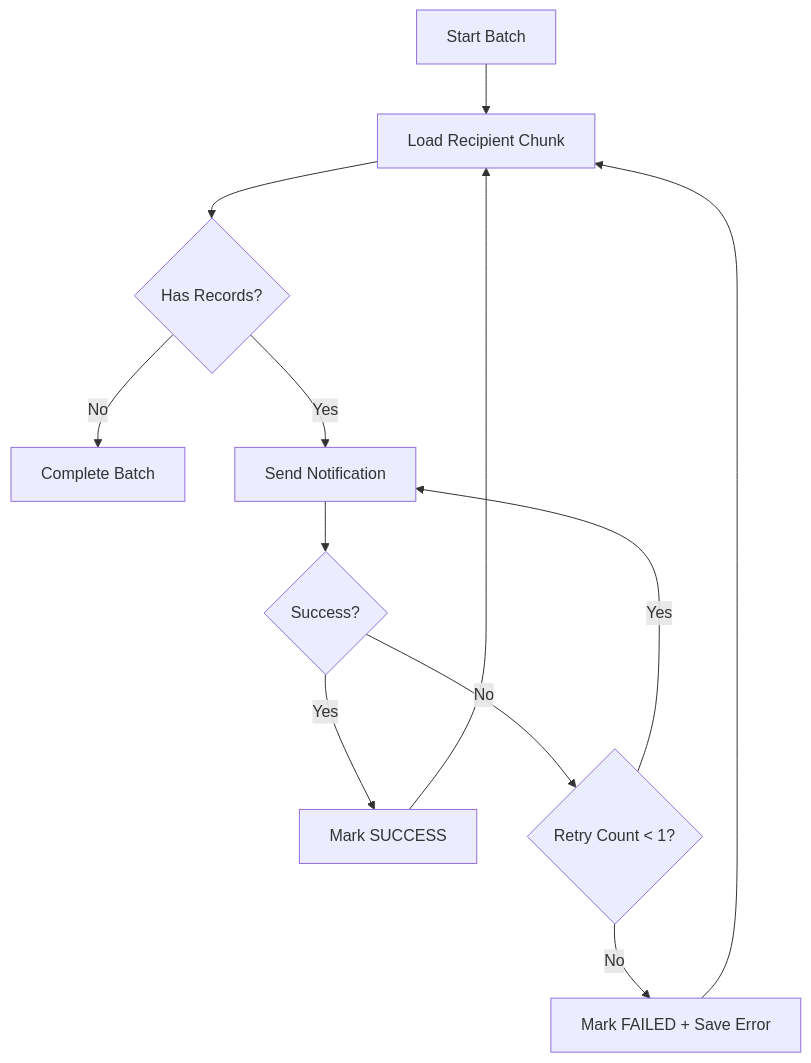
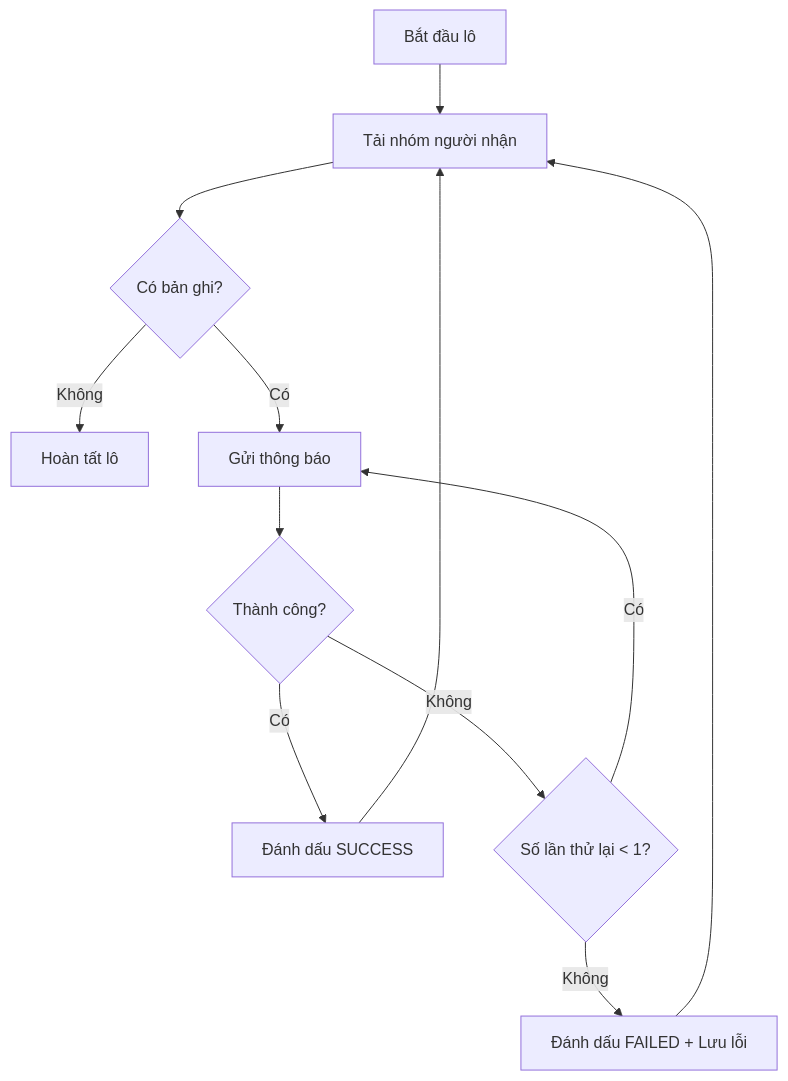
Before and after one commit to Minhduc7904/MiniProjectTrainingKaopiz: the fourth of 4 diagrams in ducnm3/docs/architecture/uml.md, drawn with Mermaid. The commit also changed other lines of this file and 100 other files, not shown here.

````diff
--- a/ducnm3/docs/architecture/uml.md
+++ b/ducnm3/docs/architecture/uml.md
@@ -105,14 +105,14 @@
 ```mermaid
 flowchart TD
-    A[Start Batch] --> B[Load Recipient Chunk]
-    B --> C{Has Records?}
-    C -- No --> H[Complete Batch]
-    C -- Yes --> D[Send Notification]
-    D --> E{Success?}
-    E -- Yes --> F[Mark SUCCESS]
-    E -- No --> G{Retry Count < 1?}
-    G -- Yes --> D
-    G -- No --> I[Mark FAILED + Save Error]
+    A[Bắt đầu lô] --> B[Tải nhóm người nhận]
+    B --> C{Có bản ghi?}
+    C -- Không --> H[Hoàn tất lô]
+    C -- Có --> D[Gửi thông báo]
+    D --> E{Thành công?}
+    E -- Có --> F[Đánh dấu SUCCESS]
+    E -- Không --> G{Số lần thử lại < 1?}
+    G -- Có --> D
+    G -- Không --> I[Đánh dấu FAILED + Lưu lỗi]
     F --> B
     I --> B
 ```
````
